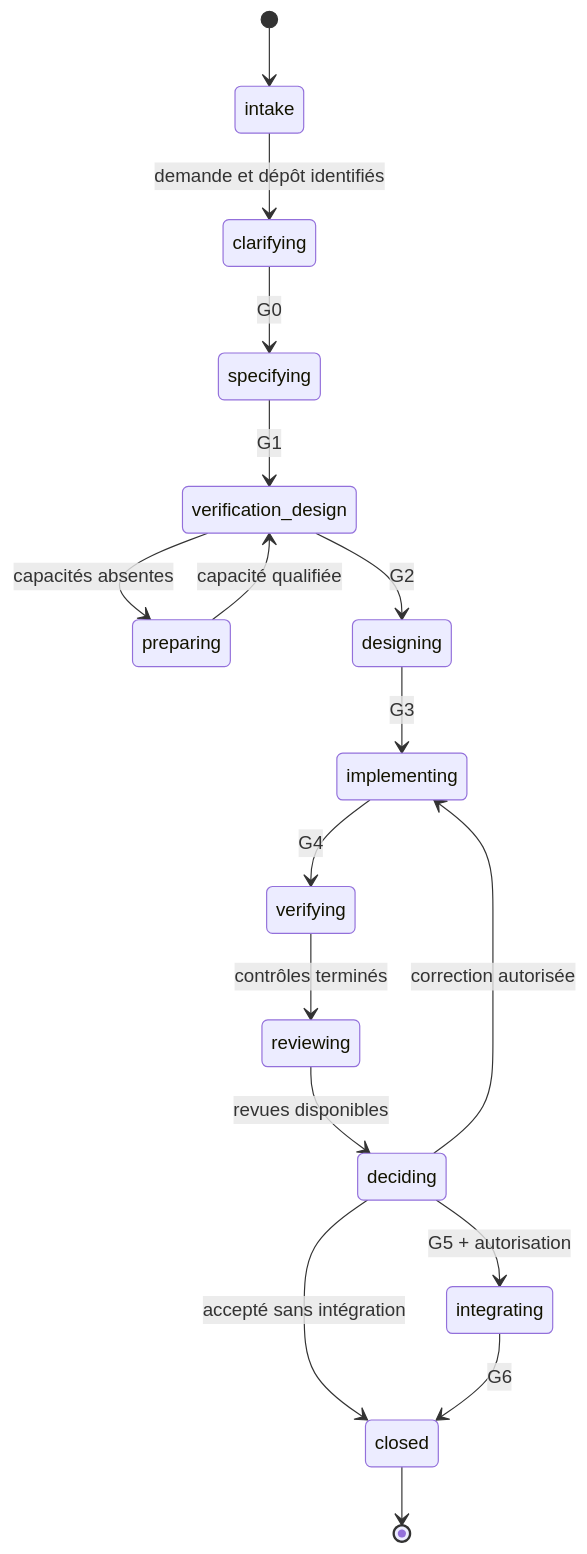
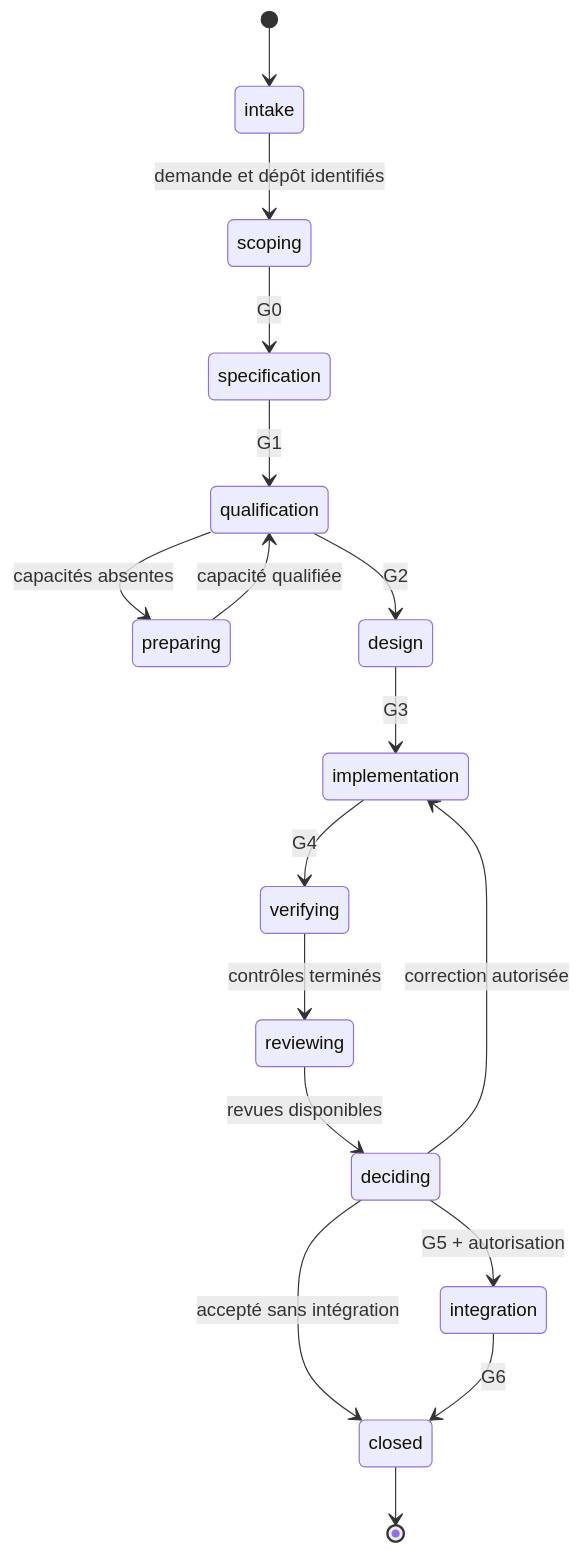
One commit to jeanjerome/pi-495 changed the second of 2 diagrams in specs/amont/specification-fonctionnelle.md. Above: the diagram before and after it, drawn with Mermaid. The commit also changed other lines of this file and 43 other files, not shown here.

Commit message:
feat: phase identifiers are named after the step (scoping, specification, qualification, design, implementation, integration) in the journal, views and published contracts, and a journal stored with the old identifiers is read under the new ones without being rewritten

````diff
--- a/specs/amont/specification-fonctionnelle.md
+++ b/specs/amont/specification-fonctionnelle.md
@@ -144,19 +144,19 @@
 ```mermaid
 stateDiagram-v2
     [*] --> intake
-    intake --> clarifying: demande et dépôt identifiés
-    clarifying --> specifying: G0
-    specifying --> verification_design: G1
-    verification_design --> preparing: capacités absentes
-    preparing --> verification_design: capacité qualifiée
-    verification_design --> designing: G2
-    designing --> implementing: G3
-    implementing --> verifying: G4
+    intake --> scoping: demande et dépôt identifiés
+    scoping --> specification: G0
+    specification --> qualification: G1
+    qualification --> preparing: capacités absentes
+    preparing --> qualification: capacité qualifiée
+    qualification --> design: G2
+    design --> implementation: G3
+    implementation --> verifying: G4
     verifying --> reviewing: contrôles terminés
     reviewing --> deciding: revues disponibles
-    deciding --> implementing: correction autorisée
-    deciding --> integrating: G5 + autorisation
+    deciding --> implementation: correction autorisée
+    deciding --> integration: G5 + autorisation
     deciding --> closed: accepté sans intégration
-    integrating --> closed: G6
+    integration --> closed: G6
     closed --> [*]
 ```
````
